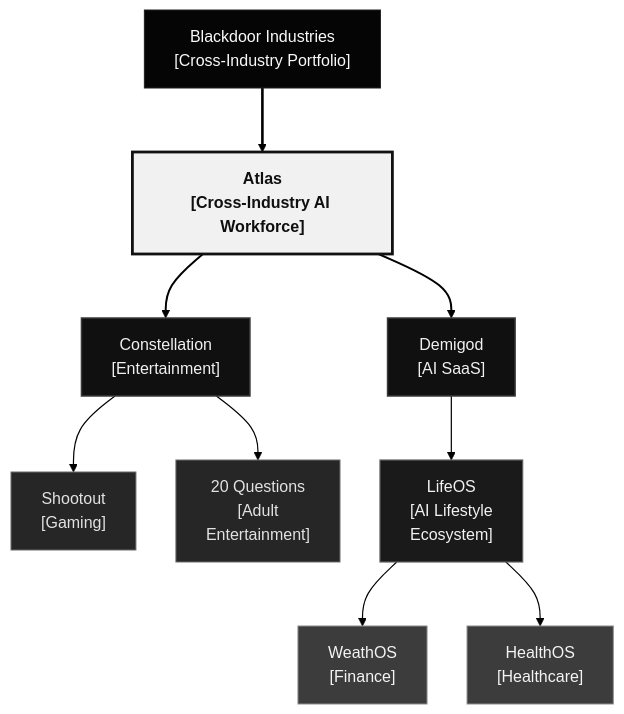
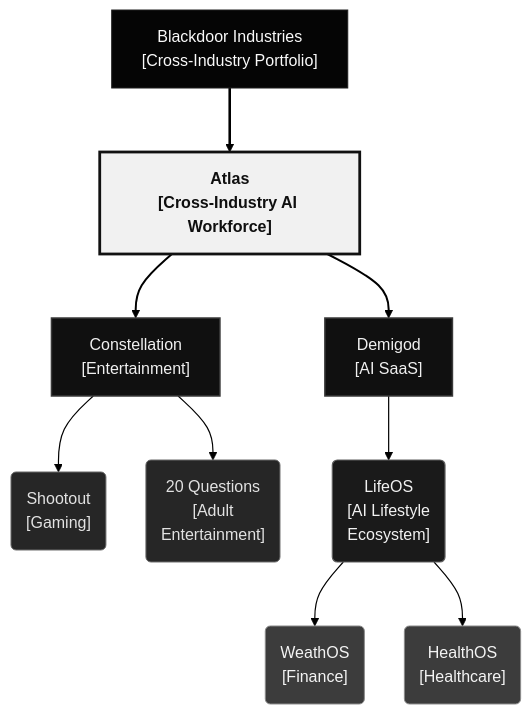
One commit to Blackdoor-Industries/.github changed the first of 2 diagrams in profile/README.md. Above: the diagram before and after it, drawn with Mermaid.

Commit message:
Use rounded rectangles for product and ecosystem/domain nodes

````diff
--- a/profile/README.md
+++ b/profile/README.md
@@ -41,49 +41,49 @@
 ```mermaid
 %%{init: {
   "theme": "base",
   "flowchart": {
     "curve": "basis",
     "nodeSpacing": 40,
     "rankSpacing": 64
   },
   "themeVariables": {
     "fontFamily": "Helvetica, Arial, sans-serif",
     "lineColor": "#000000",
     "textColor": "#eaeaea",
     "primaryColor": "#181818",
     "primaryBorderColor": "#454545",
     "tertiaryColor": "#121212",
     "background": "#ffffff"
   }
 }}%%
 flowchart TB
     BD["Blackdoor Industries<br/>[Cross-Industry Portfolio]"]:::holding
     ATLAS["Atlas<br/>[Cross-Industry AI Workforce]"]:::atlas
     CONST["Constellation<br/>[Entertainment]"]:::subsidiary
     DEMI["Demigod<br/>[AI SaaS]"]:::subsidiary
-    SHOOT["Shootout<br/>[Gaming]"]:::product
-    VN["20 Questions<br/>[Adult<br/>Entertainment]"]:::product
-    LIFE["LifeOS<br/>[AI Lifestyle<br/>Ecosystem]"]:::ecosystem
-    WEATH["WeathOS<br/>[Finance]"]:::module
-    HEALTH["HealthOS<br/>[Healthcare]"]:::module
+    SHOOT("Shootout<br/>[Gaming]"):::product
+    VN("20 Questions<br/>[Adult<br/>Entertainment]"):::product
+    LIFE("LifeOS<br/>[AI Lifestyle<br/>Ecosystem]"):::ecosystem
+    WEATH("WeathOS<br/>[Finance]"):::module
+    HEALTH("HealthOS<br/>[Healthcare]"):::module
 
     BD ==> ATLAS
     ATLAS ==> CONST
     ATLAS ==> DEMI
     CONST --> SHOOT
     CONST --> VN
     DEMI --> LIFE
     LIFE --> WEATH
     LIFE --> HEALTH
 
     classDef holding fill:#050505,stroke:#202020,stroke-width:1px,color:#fafafa
     classDef atlas fill:#f1f1f1,stroke:#111111,stroke-width:2.8px,color:#0f0f0f,font-weight:700
     classDef subsidiary fill:#101010,stroke:#3a3a3a,stroke-width:1.5px,color:#f0f0f0
     classDef ecosystem fill:#1a1a1a,stroke:#5f5f5f,stroke-width:1.2px,color:#f2f2f2
     classDef product fill:#262626,stroke:#6a6a6a,stroke-width:1px,color:#e2e2e2
     classDef module fill:#3c3c3c,stroke:#8c8c8c,stroke-width:1px,color:#f4f4f4
 
     linkStyle 0 stroke:#000000,stroke-width:2.6px
     linkStyle 1,2 stroke:#000000,stroke-width:2px
     linkStyle 3,4,5,6,7 stroke:#000000,stroke-width:1.2px
 ```
````
